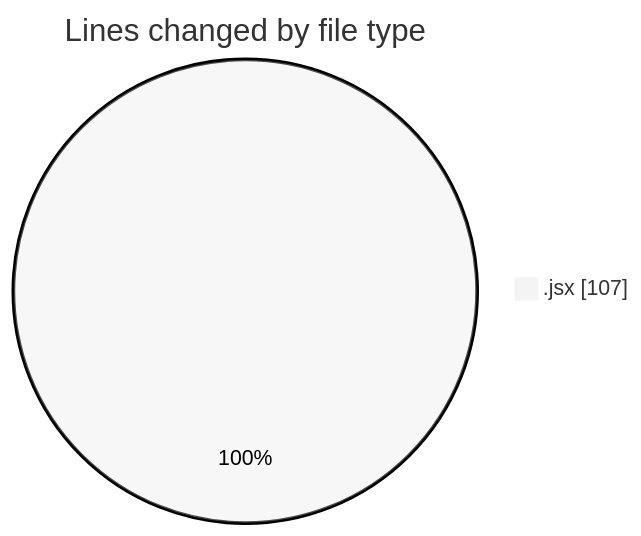
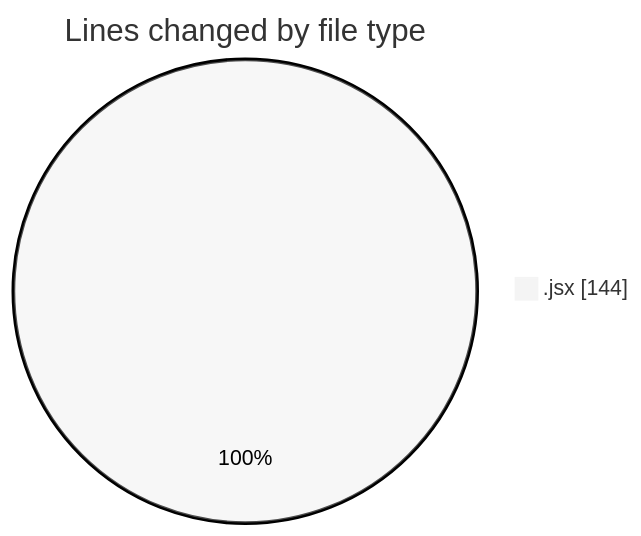
Before and after one commit to nxtqubesakshisongat/code-tracking: the first of 2 diagrams in 2025-10-09/nxtqube_webapp/README.md, drawn with Mermaid (neutral theme). The commit also changed other lines of this file and 1 other file, not shown here.

````diff
--- a/2025-10-09/nxtqube_webapp/README.md
+++ b/2025-10-09/nxtqube_webapp/README.md
@@ -20,5 +20,5 @@
 ```mermaid
 pie showData
 title Lines changed by file type
-".jsx" : 107
+".jsx" : 144
 ```
````
